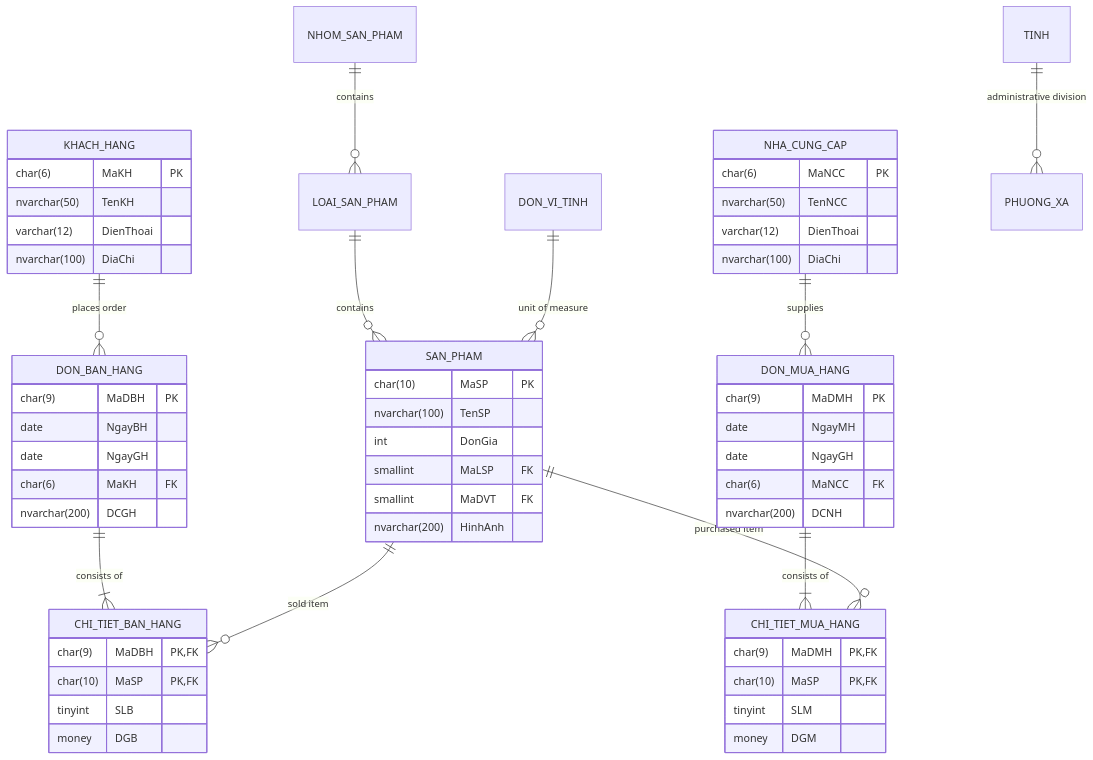
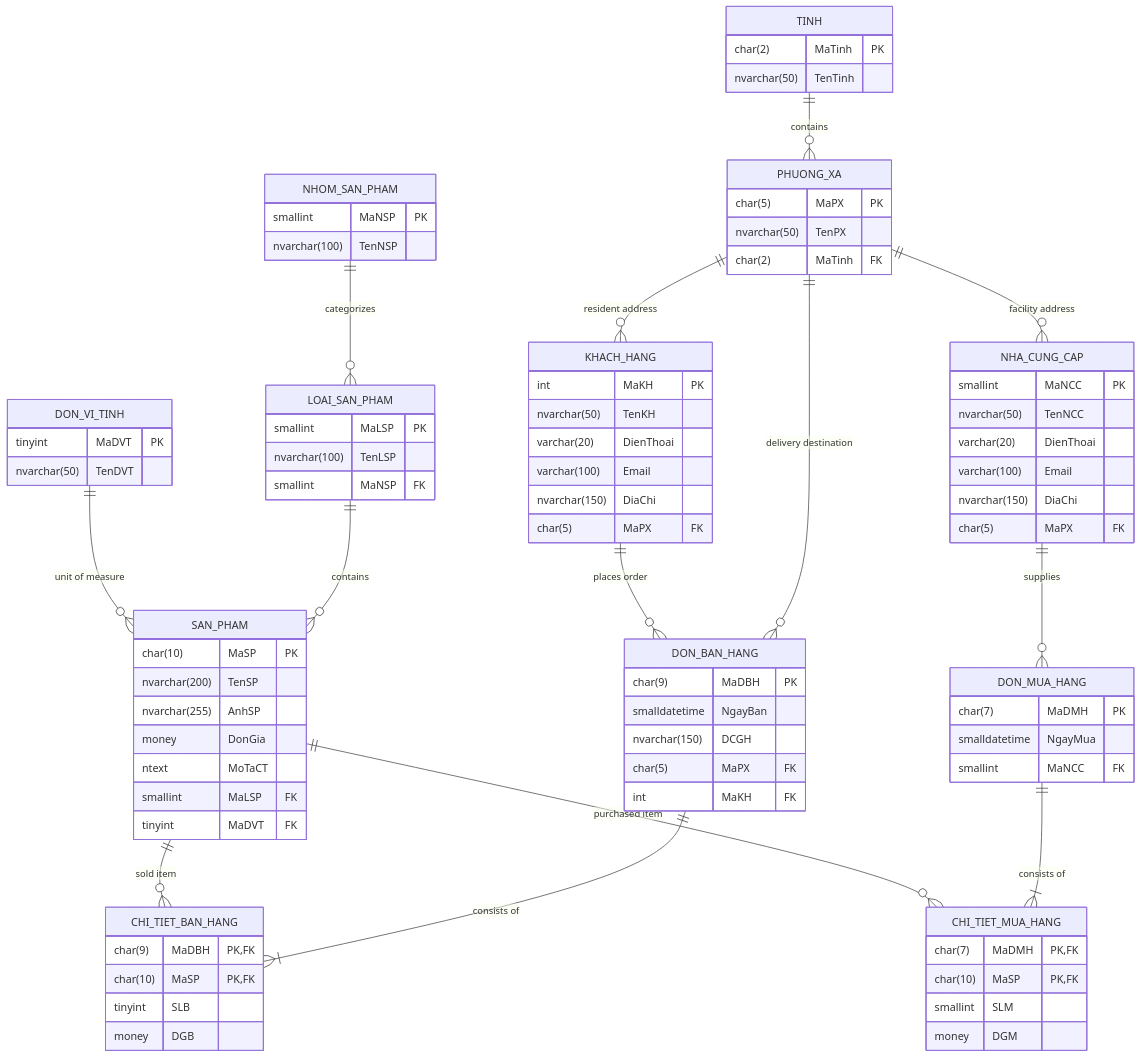
One commit to nguyenxp3n/WebQLBH changed the second of 2 diagrams in README_en.md. Above: the diagram before and after it, drawn with Mermaid. The commit also changed other lines of this file and 5 other files, not shown here.

Commit message:
docs: improve Windows setup commands, complete 12-table ERD, audit technical metrics, and refine OrderCalculator integration

````diff
--- a/README_en.md
+++ b/README_en.md
@@ -101,6 +107,11 @@
 ```mermaid
 erDiagram
-    NHOM_SAN_PHAM ||--o{ LOAI_SAN_PHAM : "contains"
+    TINH ||--o{ PHUONG_XA : "contains"
+    PHUONG_XA ||--o{ KHACH_HANG : "resident address"
+    PHUONG_XA ||--o{ NHA_CUNG_CAP : "facility address"
+    PHUONG_XA ||--o{ DON_BAN_HANG : "delivery destination"
+    
+    NHOM_SAN_PHAM ||--o{ LOAI_SAN_PHAM : "categorizes"
     LOAI_SAN_PHAM ||--o{ SAN_PHAM : "contains"
     DON_VI_TINH ||--o{ SAN_PHAM : "unit of measure"
     
@@ -112,58 +123,75 @@
     DON_MUA_HANG ||--|{ CHI_TIET_MUA_HANG : "consists of"
     SAN_PHAM ||--o{ CHI_TIET_MUA_HANG : "purchased item"
 
-    TINH ||--o{ PHUONG_XA : "administrative division"
-
+    TINH {
+        char(2) MaTinh PK
+        nvarchar(50) TenTinh
+    }
+    PHUONG_XA {
+        char(5) MaPX PK
+        nvarchar(50) TenPX
+        char(2) MaTinh FK
+    }
+    KHACH_HANG {
+        int MaKH PK
+        nvarchar(50) TenKH
+        varchar(20) DienThoai
+        varchar(100) Email
+        nvarchar(150) DiaChi
+        char(5) MaPX FK
+    }
+    NHA_CUNG_CAP {
+        smallint MaNCC PK
+        nvarchar(50) TenNCC
+        varchar(20) DienThoai
+        varchar(100) Email
+        nvarchar(150) DiaChi
+        char(5) MaPX FK
+    }
+    NHOM_SAN_PHAM {
+        smallint MaNSP PK
+        nvarchar(100) TenNSP
+    }
+    LOAI_SAN_PHAM {
+        smallint MaLSP PK
+        nvarchar(100) TenLSP
+        smallint MaNSP FK
+    }
+    DON_VI_TINH {
+        tinyint MaDVT PK
+        nvarchar(50) TenDVT
+    }
     SAN_PHAM {
         char(10) MaSP PK
-        nvarchar(100) TenSP
-        int DonGia
+        nvarchar(200) TenSP
+        nvarchar(255) AnhSP
+        money DonGia
+        ntext MoTaCT
         smallint MaLSP FK
-        smallint MaDVT FK
-        nvarchar(200) HinhAnh
+        tinyint MaDVT FK
     }
-
     DON_BAN_HANG {
         char(9) MaDBH PK
-        date NgayBH
-        date NgayGH
-        char(6) MaKH FK
-        nvarchar(200) DCGH
+        smalldatetime NgayBan
+        nvarchar(150) DCGH
+        char(5) MaPX FK
+        int MaKH FK
     }
-
     CHI_TIET_BAN_HANG {
         char(9) MaDBH PK,FK
         char(10) MaSP PK,FK
         tinyint SLB
         money DGB
     }
-
     DON_MUA_HANG {
-        char(9) MaDMH PK
-        date NgayMH
-        date NgayGH
-        char(6) MaNCC FK
-        nvarchar(200) DCNH
+        char(7) MaDMH PK
+        smalldatetime NgayMua
+        smallint MaNCC FK
     }
-
     CHI_TIET_MUA_HANG {
-        char(9) MaDMH PK,FK
+        char(7) MaDMH PK,FK
         char(10) MaSP PK,FK
-        tinyint SLM
+        smallint SLM
         money DGM
     }
-
-    KHACH_HANG {
-        char(6) MaKH PK
-        nvarchar(50) TenKH
-        varchar(12) DienThoai
-        nvarchar(100) DiaChi
-    }
-
-    NHA_CUNG_CAP {
-        char(6) MaNCC PK
-        nvarchar(50) TenNCC
-        varchar(12) DienThoai
-        nvarchar(100) DiaChi
-    }
 ```
````
